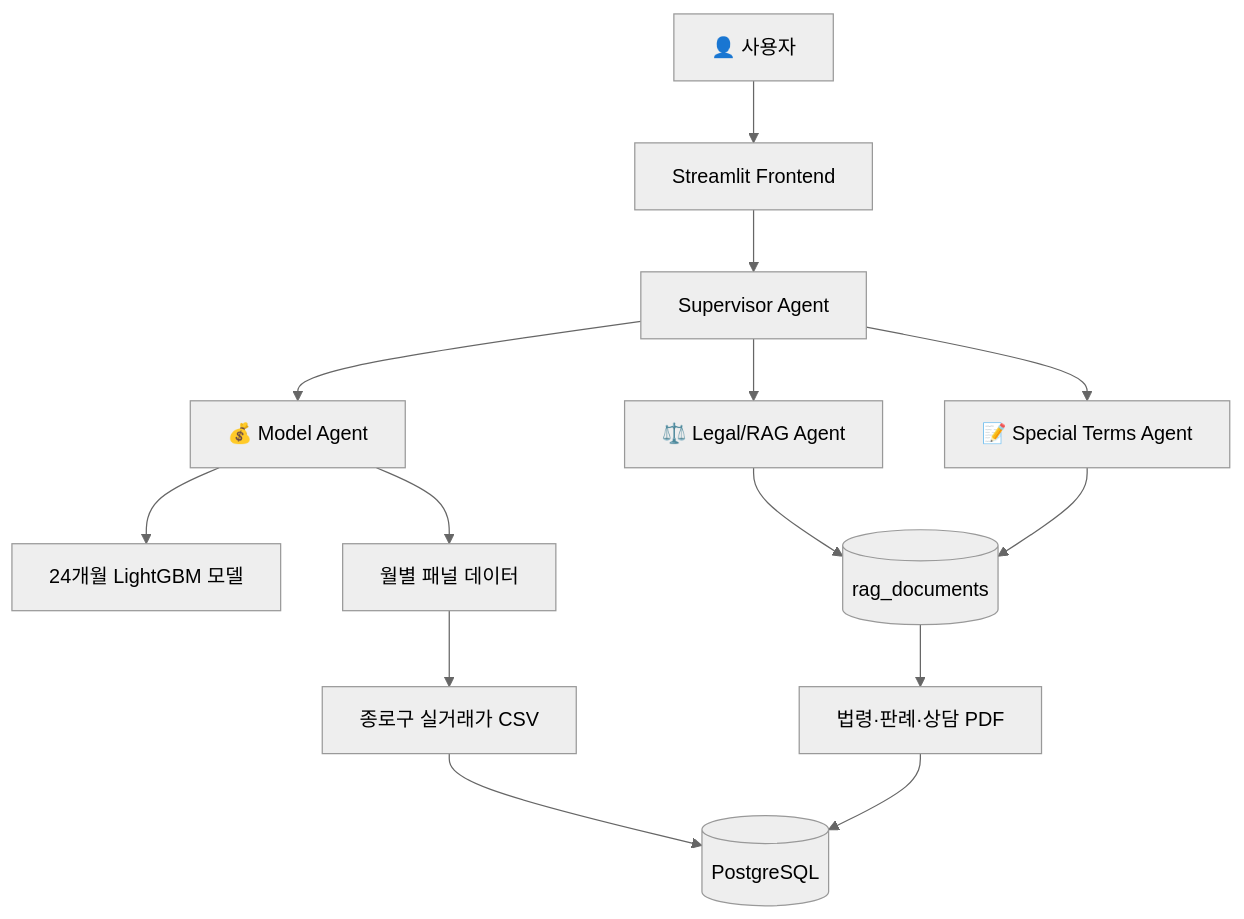
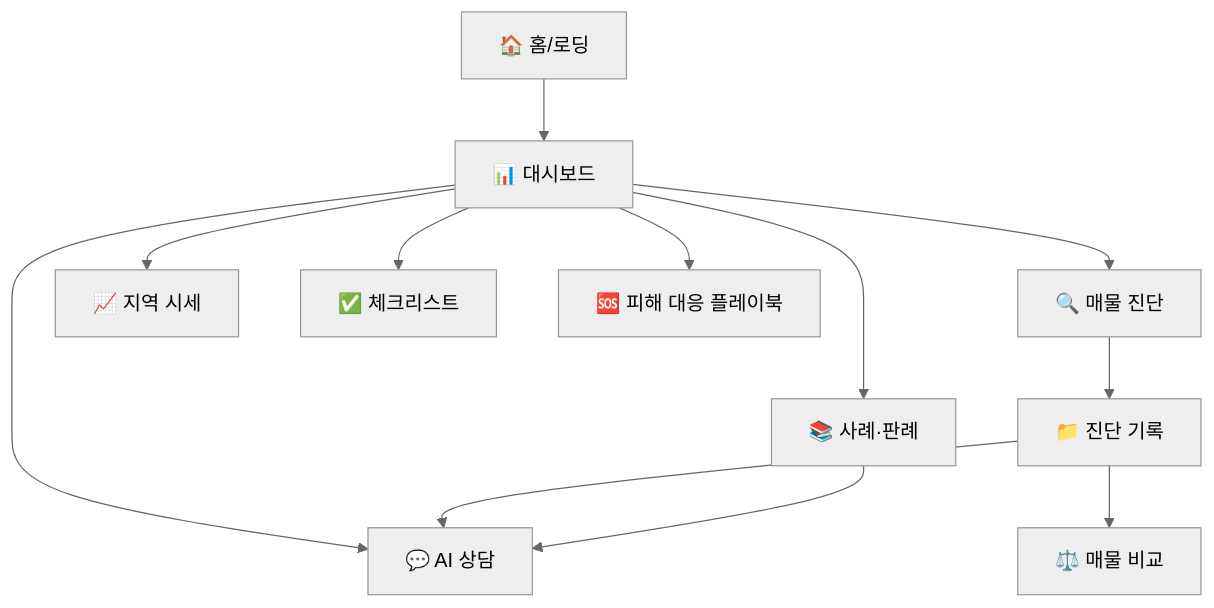
Before and after one commit to SKNETWORKS-FAMILY-AICAMP/SKN27-3rd-4TEAM: the third of 3 diagrams in README.md, drawn with Mermaid (neutral theme). The commit also changed other lines of this file and 132 other files, not shown here.

````diff
--- a/README.md
+++ b/README.md
@@ -80,21 +512,14 @@
 ```mermaid
 flowchart TD
-    User[👤 사용자] --> Frontend[Streamlit Frontend]
-    Frontend --> Supervisor[Supervisor Agent]
-
-    Supervisor --> ModelAgent[💰 Model Agent]
-    Supervisor --> LegalAgent[⚖️ Legal/RAG Agent]
-    Supervisor --> TermsAgent[📝 Special Terms Agent]
-
-    ModelAgent --> MLArtifacts[24개월 LightGBM 모델]
-    ModelAgent --> MarketData[월별 패널 데이터]
-
-    LegalAgent --> RAGDB[(rag_documents)]
-    TermsAgent --> RAGDB
-
-    RAGDB --> PDFDocs[법령·판례·상담 PDF]
-    MarketData --> RawCSV[종로구 실거래가 CSV]
-
-    RawCSV --> PostgreSQL[(PostgreSQL)]
-    PDFDocs --> PostgreSQL
+    HOME[🏠 홈/로딩] --> DASH[📊 대시보드]
+    DASH --> CHAT[💬 AI 상담]
+    DASH --> PROP[🔍 매물 진단]
+    DASH --> MARKET[📈 지역 시세]
+    DASH --> CASES[📚 사례·판례]
+    PROP --> HIST[📁 진단 기록]
+    HIST --> CHAT[💬 AI 상담]
+    HIST --> COMPARE[⚖️ 매물 비교]
+    CASES --> CHAT[💬 AI 상담]
+    DASH --> CHECK[✅ 체크리스트]
+    DASH --> PLAY[🆘 피해 대응 플레이북]
 ```
````
